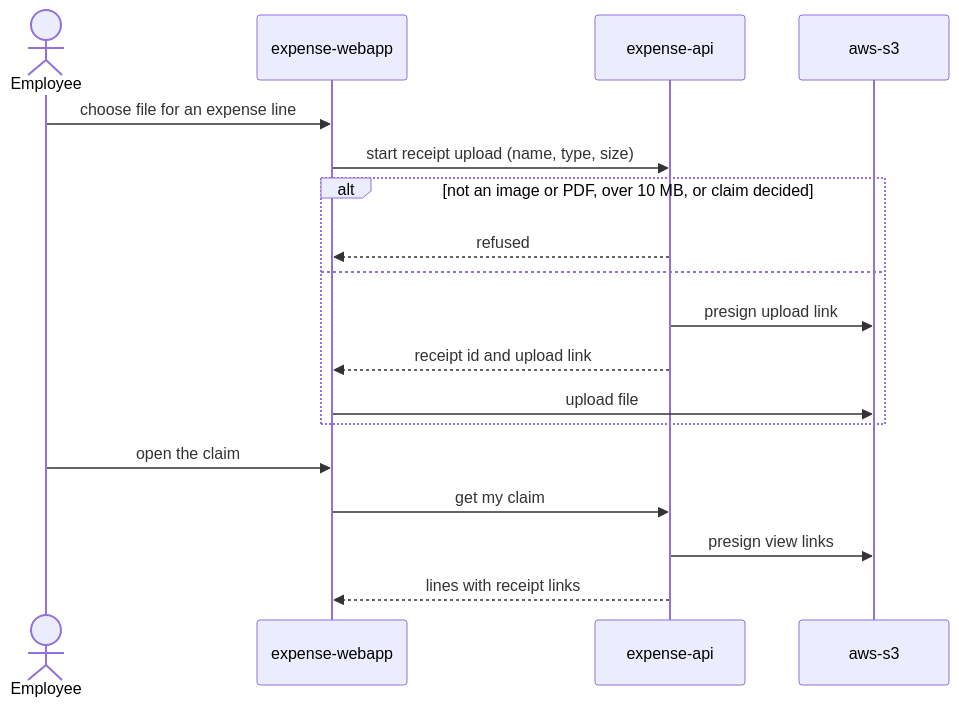
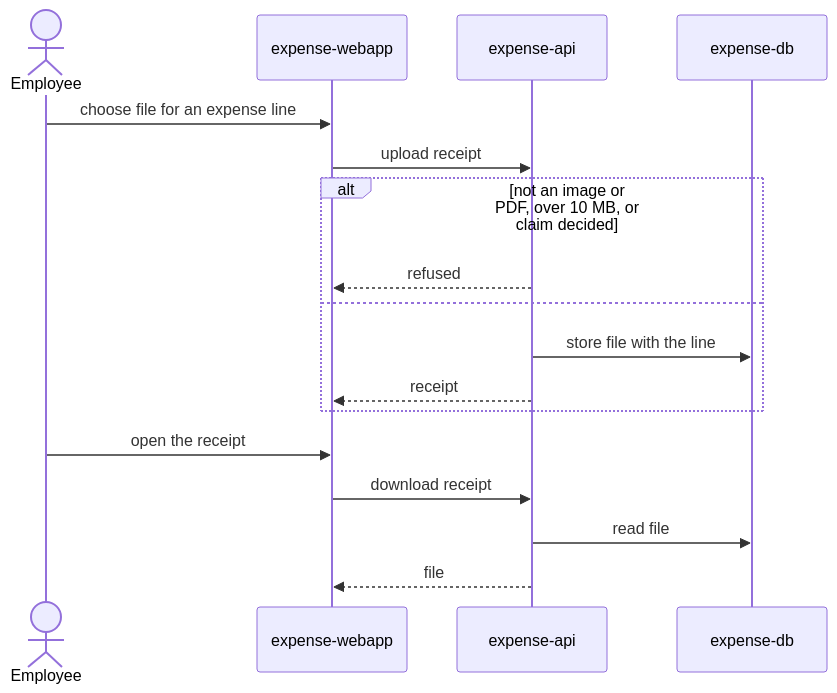
One commit to ae-demo/employees-submit-expense changed the diagram in specs/design/flows/attach-receipt.md. Above: the diagram before and after it, drawn with Mermaid. The commit also changed other lines of this file and 7 other files, not shown here.

````diff
--- a/specs/design/flows/attach-receipt.md
+++ b/specs/design/flows/attach-receipt.md
@@ -5,21 +5,20 @@
 ```mermaid
 sequenceDiagram
     actor Employee
     participant expense-webapp
     participant expense-api
-    participant aws-s3
+    participant expense-db
 
     Employee->>expense-webapp: choose file for an expense line
-    expense-webapp->>expense-api: start receipt upload (name, type, size)
+    expense-webapp->>expense-api: upload receipt
     alt not an image or PDF, over 10 MB, or claim decided
         expense-api-->>expense-webapp: refused
     else
-        expense-api->>aws-s3: presign upload link
-        expense-api-->>expense-webapp: receipt id and upload link
-        expense-webapp->>aws-s3: upload file
+        expense-api->>expense-db: store file with the line
+        expense-api-->>expense-webapp: receipt
     end
-    Employee->>expense-webapp: open the claim
-    expense-webapp->>expense-api: get my claim
-    expense-api->>aws-s3: presign view links
-    expense-api-->>expense-webapp: lines with receipt links
+    Employee->>expense-webapp: open the receipt
+    expense-webapp->>expense-api: download receipt
+    expense-api->>expense-db: read file
+    expense-api-->>expense-webapp: file
 ```
````
